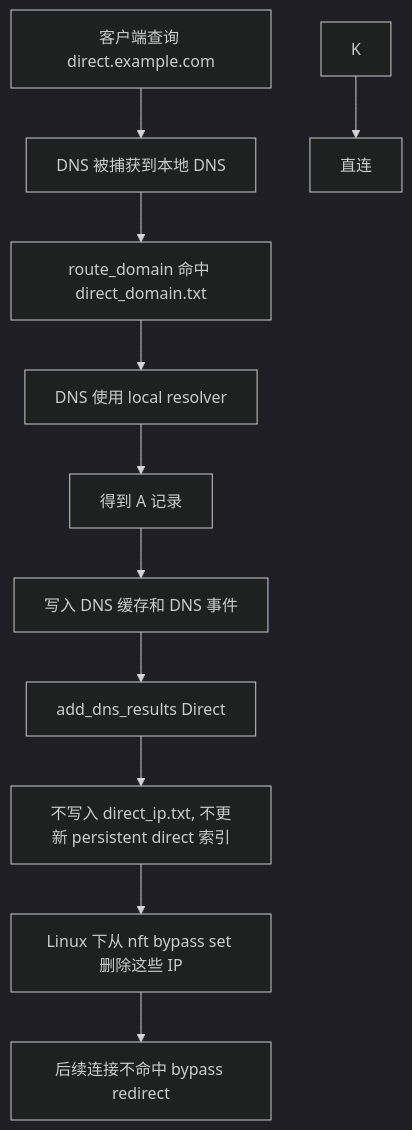
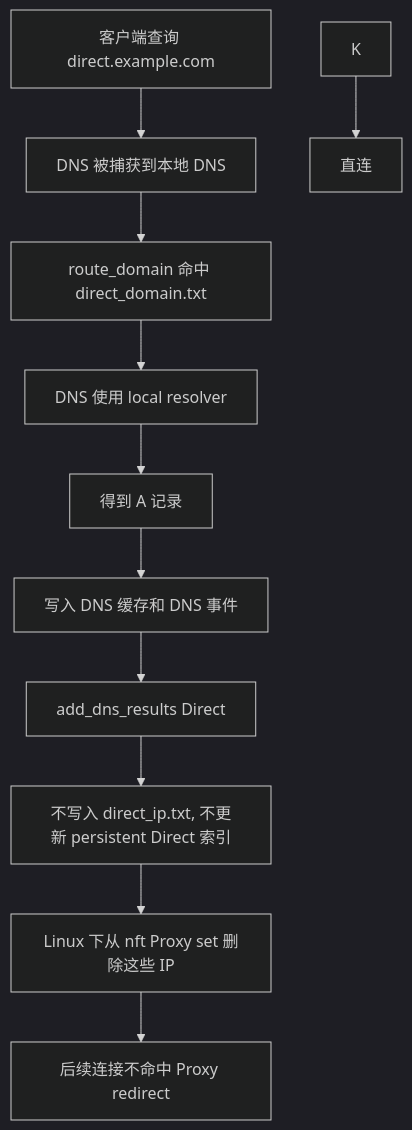
Diagram 11 of 14 in routing.md (xiedeacc/shadowsocks-rust), drawn with Mermaid (dark theme) before and after one commit. The commit also changed other lines of this file and 3 other files, not shown here.

````diff
--- a/routing.md
+++ b/routing.md
@@ -861,13 +1089,13 @@
 ```mermaid
 flowchart TD
     A[客户端查询 direct.example.com] --> B[DNS 被捕获到本地 DNS]
     B --> C[route_domain 命中 direct_domain.txt]
     C --> D[DNS 使用 local resolver]
     D --> E[得到 A 记录]
     E --> F[写入 DNS 缓存和 DNS 事件]
     F --> G[add_dns_results Direct]
-    G --> H[不写入 direct_ip.txt, 不更新 persistent direct 索引]
-    H --> I[Linux 下从 nft bypass set 删除这些 IP]
-    I --> J[后续连接不命中 bypass redirect]
+    G --> H[不写入 direct_ip.txt, 不更新 persistent Direct 索引]
+    H --> I[Linux 下从 nft Proxy set 删除这些 IP]
+    I --> J[后续连接不命中 Proxy redirect]
     K --> L[直连]
 ```
````
